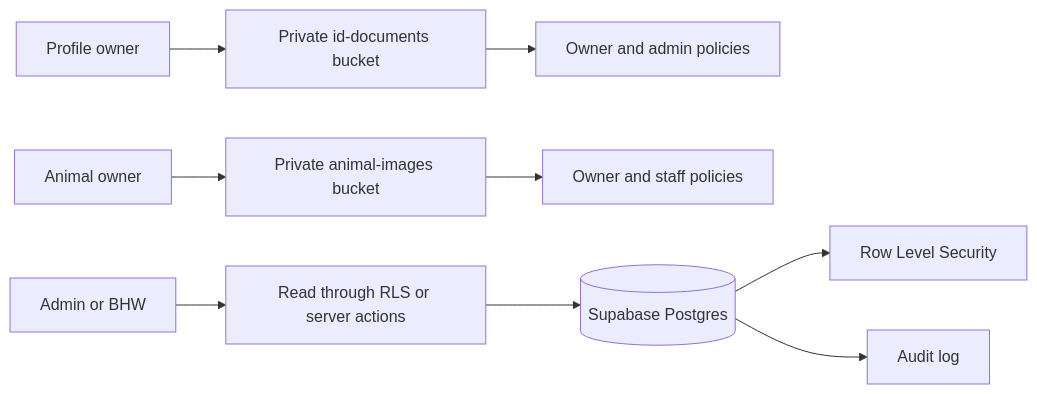
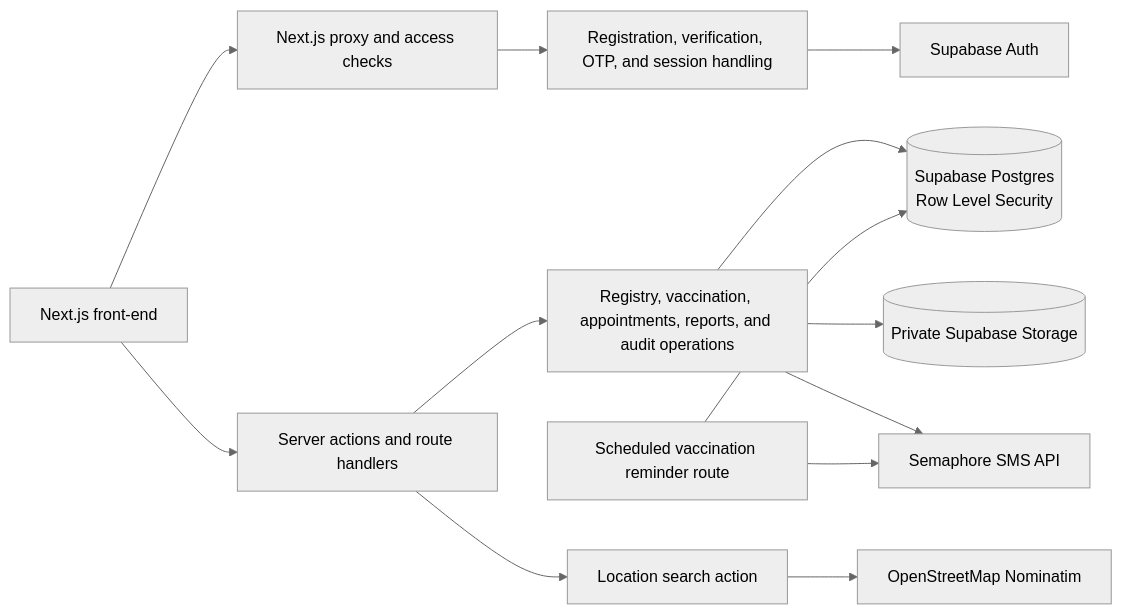
Before and after one commit to kiniakoangaccount/vaccitrack-capstone: the sixth of 7 diagrams in docs/vaccitrack-system.md, drawn with Mermaid. The commit also changed other lines of this file and 7 other files, not shown here.

Commit message:
diagrams

````diff
--- a/docs/vaccitrack-system.md
+++ b/docs/vaccitrack-system.md
@@ -344,13 +265,26 @@
 ```mermaid
+%%{init: {"theme":"neutral"}}%%
 flowchart LR
-  PROFILE[Profile owner] --> IDDOC[Private id-documents bucket]
-  OWNER[Animal owner] --> ANIMALIMG[Private animal-images bucket]
-  STAFF[Admin or BHW] --> READ[Read through RLS or server actions]
+  FRONTEND[Next.js front-end]
+  PROXY[Next.js proxy and access checks]
+  ACTIONS[Server actions and route handlers]
+  AUTHFLOW[Registration, verification, OTP, and session handling]
+  DATAFLOW[Registry, vaccination, appointments, reports, and audit operations]
+  CRON[Scheduled vaccination reminder route]
+  AUTH[Supabase Auth]
+  DB[(Supabase Postgres<br/>Row Level Security)]
+  STORAGE[(Private Supabase Storage)]
+  SMS[Semaphore SMS API]
+  LOCATION[Location search action]
+  OSM[OpenStreetMap Nominatim]
 
-  IDDOC --> RLSP[Owner and admin policies]
-  ANIMALIMG --> RLSS[Owner and staff policies]
-  READ --> DATABASE[(Supabase Postgres)]
-
-  DATABASE --> RLS[Row Level Security]
-  DATABASE --> AUDIT[Audit log]
+  FRONTEND --> PROXY --> AUTHFLOW
+  FRONTEND --> ACTIONS --> DATAFLOW
+  AUTHFLOW --> AUTH
+  DATAFLOW --> DB
+  DATAFLOW --> STORAGE
+  DATAFLOW --> SMS
+  ACTIONS --> LOCATION --> OSM
+  CRON --> DB
+  CRON --> SMS
 ```
````
